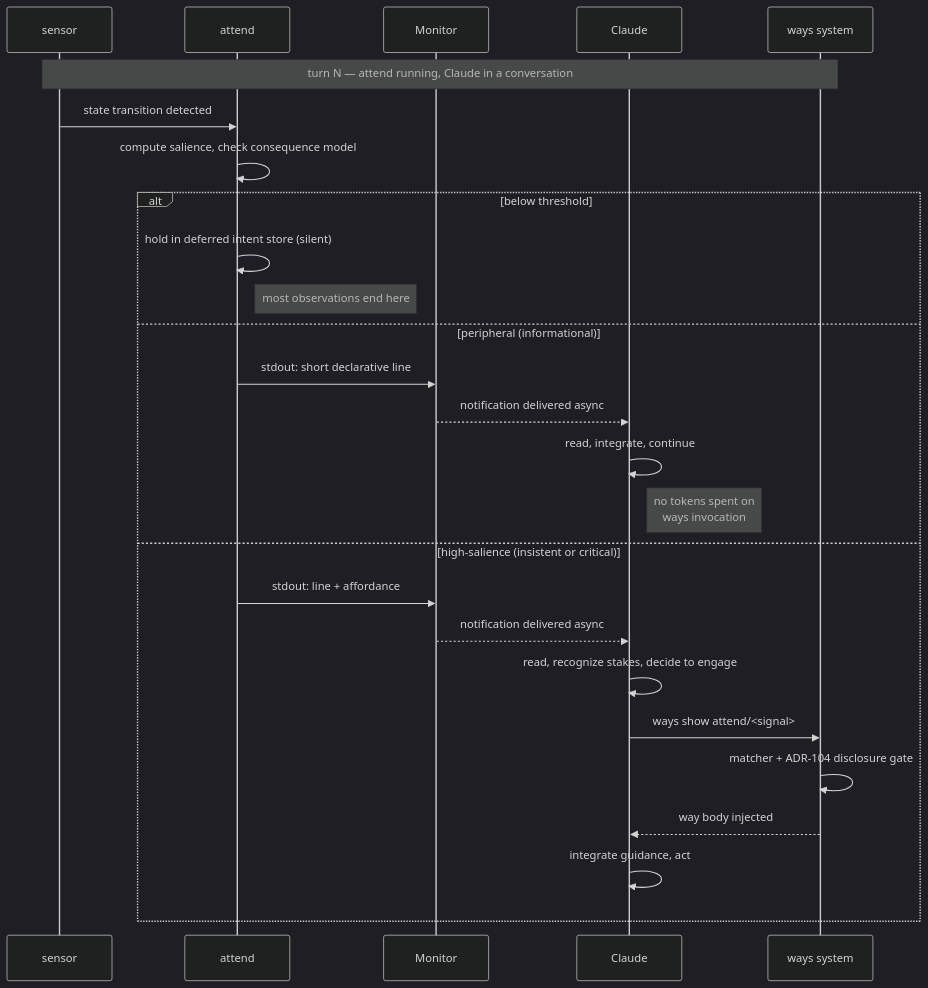
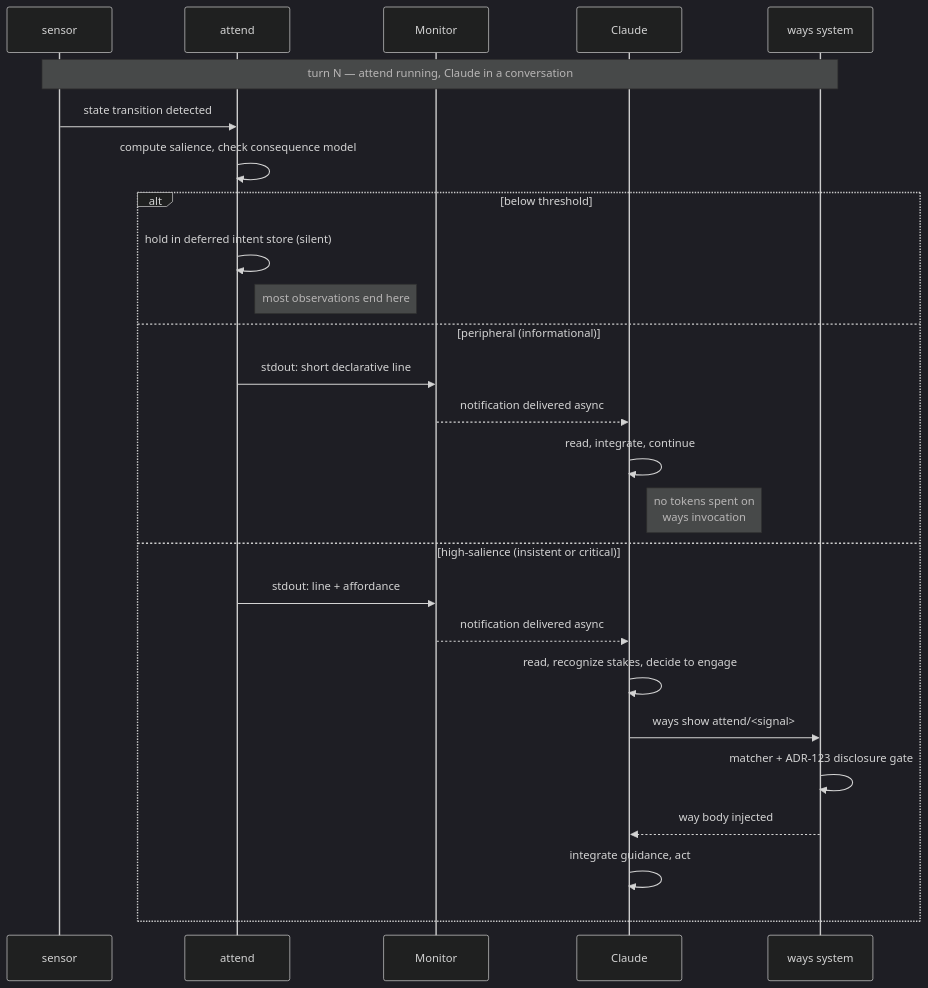
The second of 3 diagrams in docs/cognitive-loop.md (aaronsb/agent-ways), drawn with Mermaid (dark theme) before and after one commit. The commit also changed other lines of this file and 32 other files, not shown here.

````diff
--- a/docs/cognitive-loop.md
+++ b/docs/cognitive-loop.md
@@ -186,31 +186,31 @@
 ```mermaid
 sequenceDiagram
     participant S as sensor
     participant A as attend
     participant M as Monitor
     participant C as Claude
     participant W as ways system
 
     Note over S,W: turn N — attend running, Claude in a conversation
 
     S->>A: state transition detected
     A->>A: compute salience, check consequence model
 
     alt below threshold
         A->>A: hold in deferred intent store (silent)
         Note right of A: most observations end here
     else peripheral (informational)
         A->>M: stdout: short declarative line
         M-->>C: notification delivered async
         C->>C: read, integrate, continue
         Note right of C: no tokens spent on<br/>ways invocation
     else high-salience (insistent or critical)
         A->>M: stdout: line + affordance
         M-->>C: notification delivered async
         C->>C: read, recognize stakes, decide to engage
         C->>W: ways show attend/<signal>
-        W->>W: matcher + ADR-104 disclosure gate
+        W->>W: matcher + ADR-123 disclosure gate
         W-->>C: way body injected
         C->>C: integrate guidance, act
     end
 ```
````
